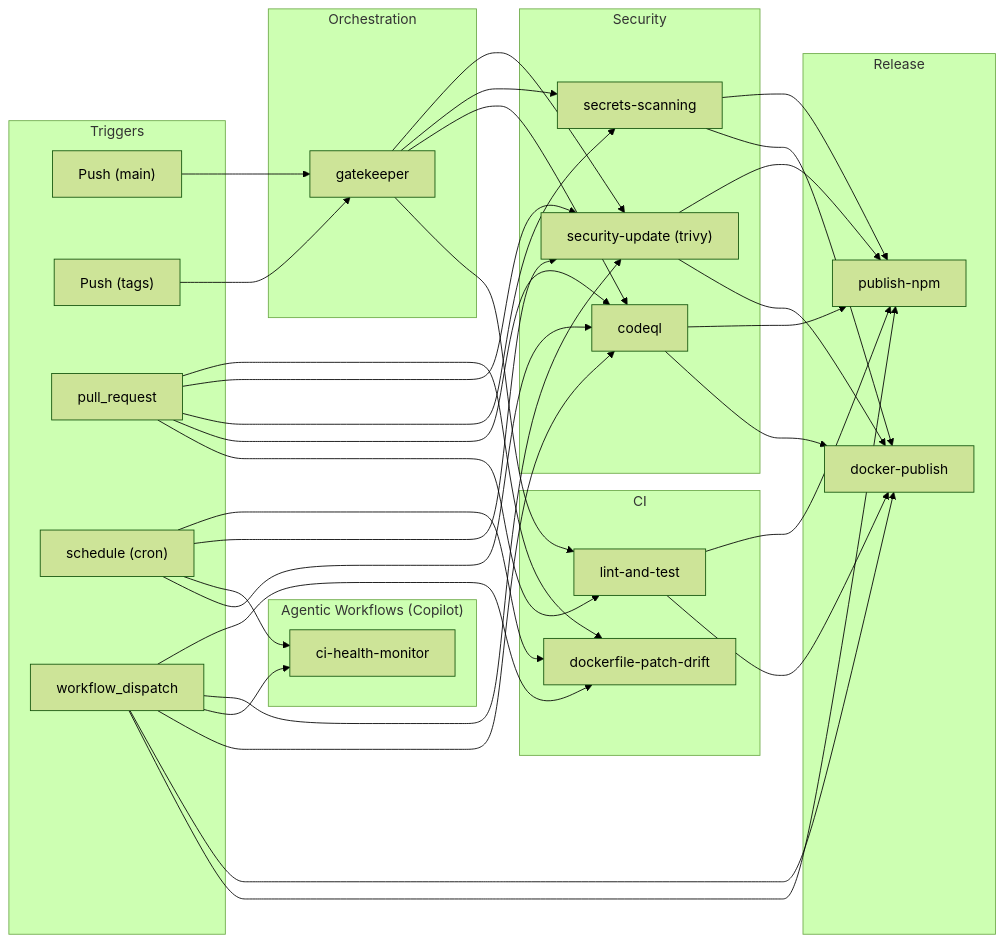
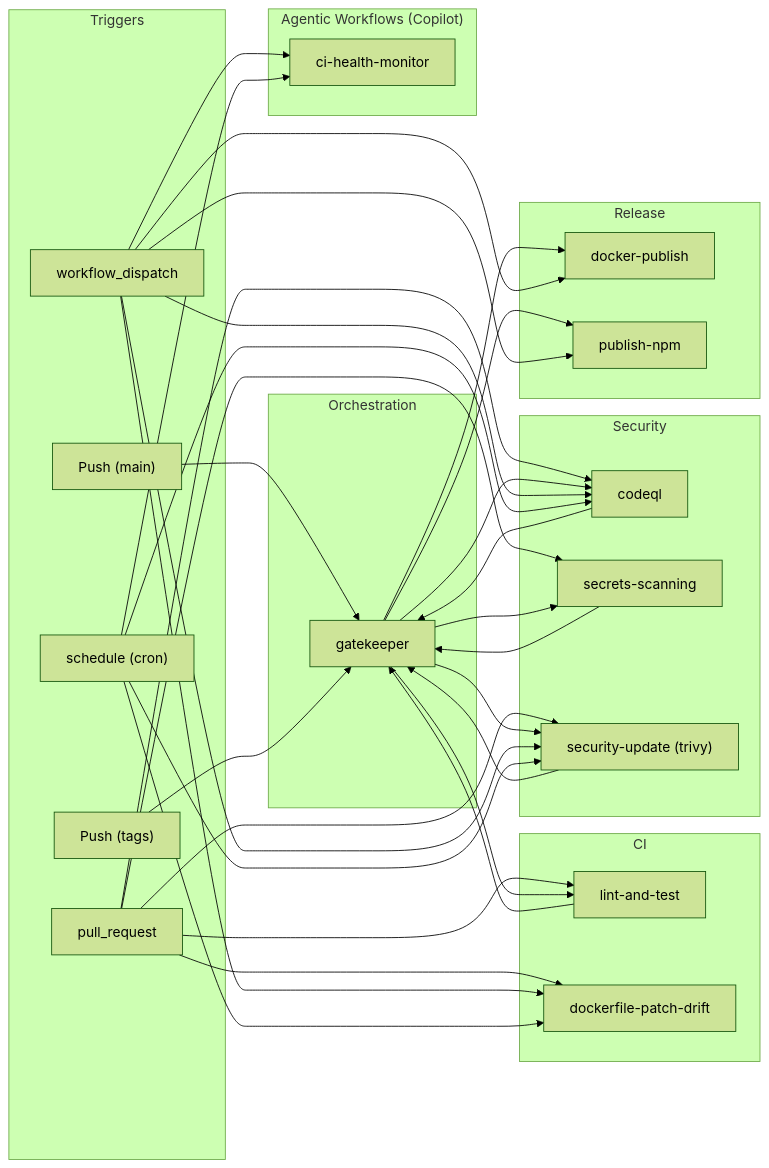
One commit to neverinfamous/mysql-mcp changed the diagram in .github/workflows/README.md. Above: the diagram before and after it, drawn with Mermaid (forest theme). The commit also changed 9 other files, not shown here.

````diff
--- a/.github/workflows/README.md
+++ b/.github/workflows/README.md
@@ -12,63 +12,64 @@
 ```mermaid
 flowchart LR
     subgraph Triggers["Triggers"]
         PushMain["Push (main)"]
         PushTags["Push (tags)"]
         PR["pull_request"]
         Sched["schedule (cron)"]
         Manual["workflow_dispatch"]
     end
 
     subgraph Orchestration["Orchestration"]
         Gate["gatekeeper"]
     end
 
     subgraph CI["CI"]
         LT["lint-and-test"]
         DPD["dockerfile-patch-drift"]
     end
 
     subgraph Security["Security"]
         CQL["codeql"]
         SS["secrets-scanning"]
         SU["security-update (trivy)"]
     end
 
     subgraph ReleaseGroup["Release"]
         DP["docker-publish"]
         NPM["publish-npm"]
     end
 
     subgraph Agentic["Agentic Workflows (Copilot)"]
         CHM["ci-health-monitor"]
     end
 
     PR --> LT
     PR --> CQL
     PR --> SS
     PR --> SU
     PR --> DPD
 
     PushMain --> Gate
     PushTags --> Gate
 
     Gate --> LT
     Gate --> CQL
     Gate --> SS
     Gate --> SU
 
-    LT & CQL & SS & SU --> DP
-    LT & CQL & SS & SU --> NPM
+    LT & CQL & SS & SU --> Gate
+    Gate --> DP
+    Gate --> NPM
 
     Manual --> NPM
     Manual --> DP
     Manual --> CQL
     Manual --> CHM
     Manual --> SU
     Manual --> DPD
 
     Sched --> CQL
     Sched --> CHM
     Sched --> SU
     Sched --> DPD
 ```
````
